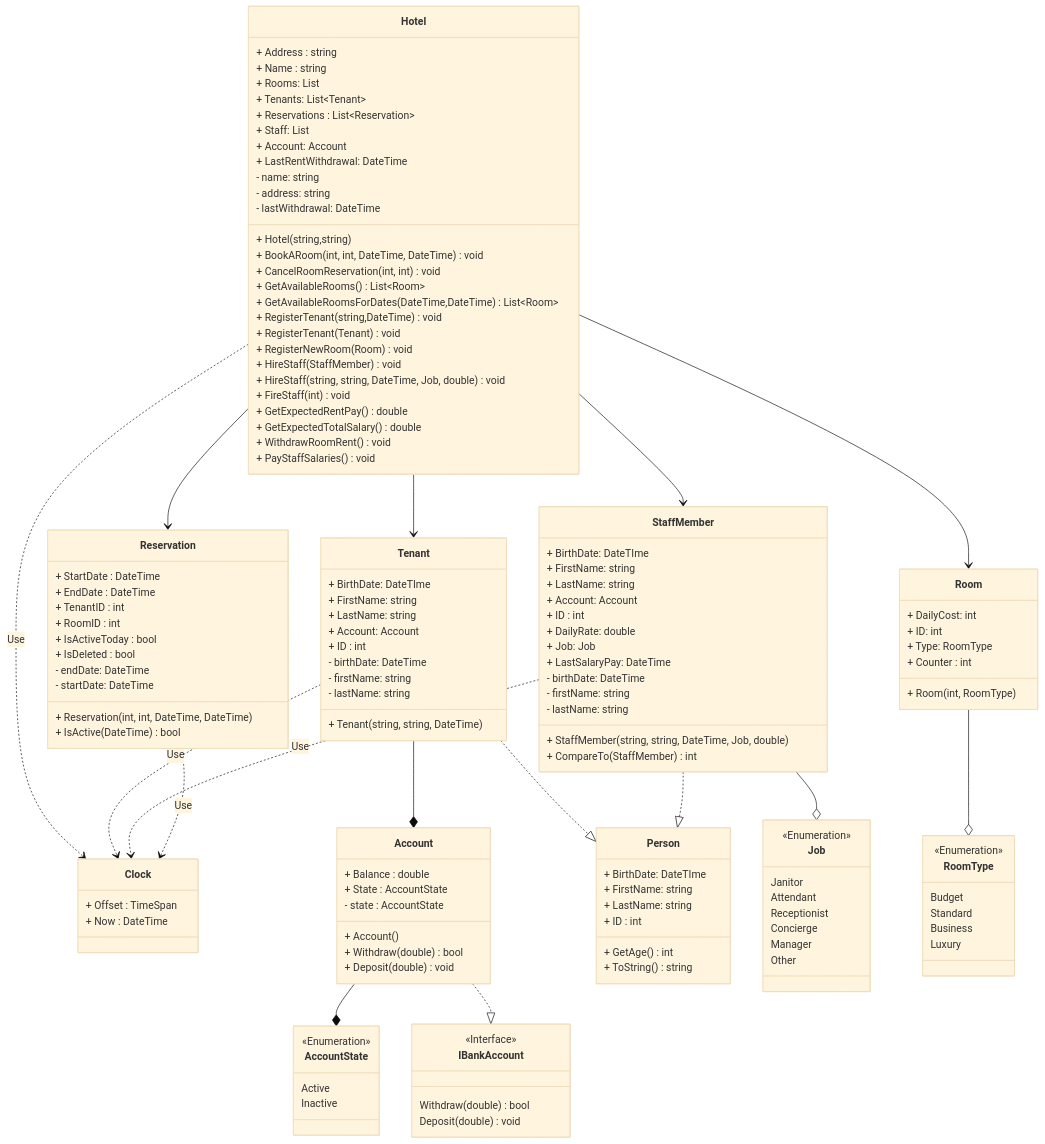
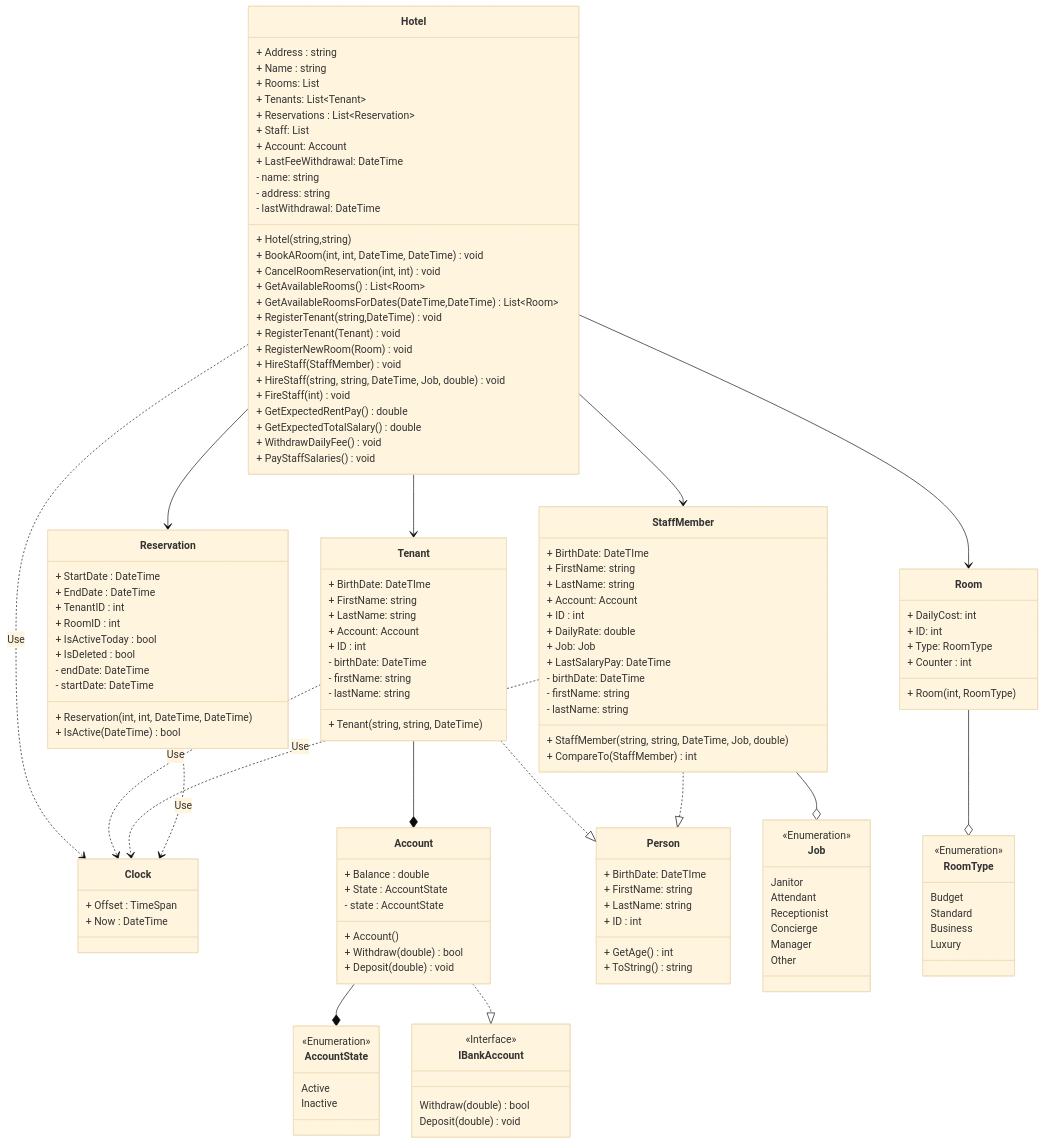
The second of 2 diagrams in README.md (Zariams/OOP_Practice), drawn with Mermaid (base theme) before and after one commit. The commit also changed other lines of this file, not shown here.

```diff
--- a/README.md
+++ b/README.md
@@ -96,7 +97,7 @@
 + Reservations : List~Reservation~
 + Staff: List<StaffMember>
 + Account: Account
-+ LastRentWithdrawal: DateTime
++ LastFeeWithdrawal: DateTime
 - name: string
 - address: string
 - lastWithdrawal: DateTime
@@ -114,7 +115,7 @@
 Hotel: + FireStaff(int) void
 Hotel: + GetExpectedRentPay() double
 Hotel: + GetExpectedTotalSalary() double
- Hotel: + WithdrawRoomRent()  void
+ Hotel: + WithdrawDailyFee()  void
  Hotel: + PayStaffSalaries()  void
 
 class Room{
```
